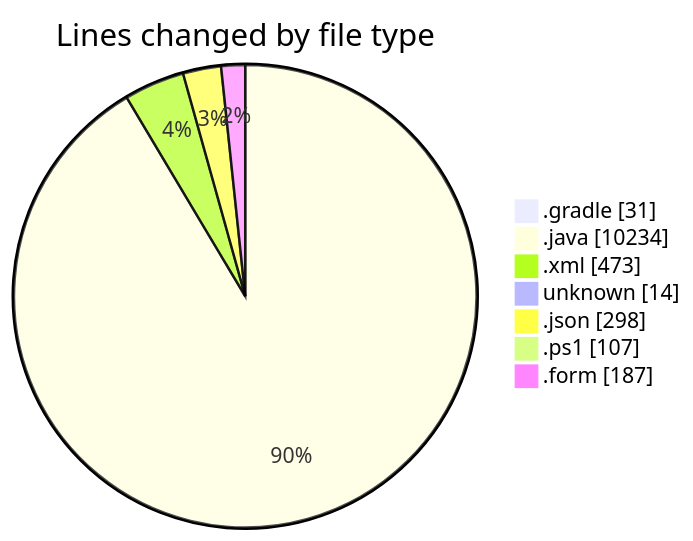
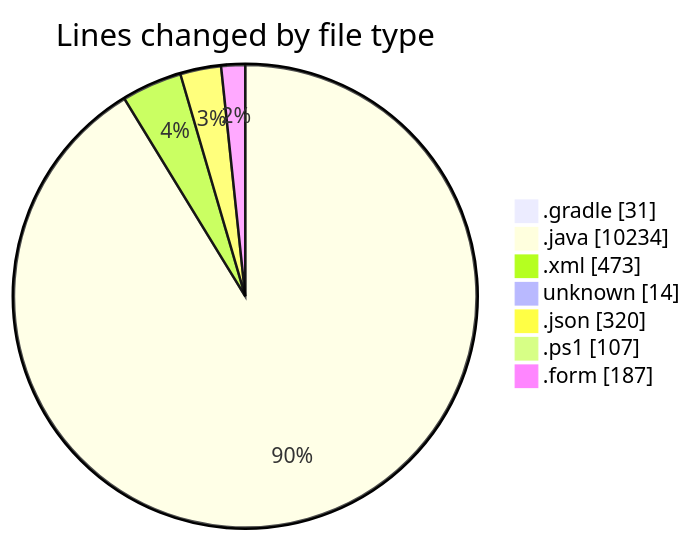
Before and after one commit to charlie-sans/code-tracking: the first of 2 diagrams in 2025-02-21/micros/README.md, drawn with Mermaid. The commit also changed other lines of this file and 1 other file, not shown here.

````diff
--- a/2025-02-21/micros/README.md
+++ b/2025-02-21/micros/README.md
@@ -78,11 +78,11 @@
 ```mermaid
 pie showData
 title Lines changed by file type
 ".gradle" : 31
 ".java" : 10234
 ".xml" : 473
 "unknown" : 14
-".json" : 298
+".json" : 320
 ".ps1" : 107
 ".form" : 187
 ```
````
